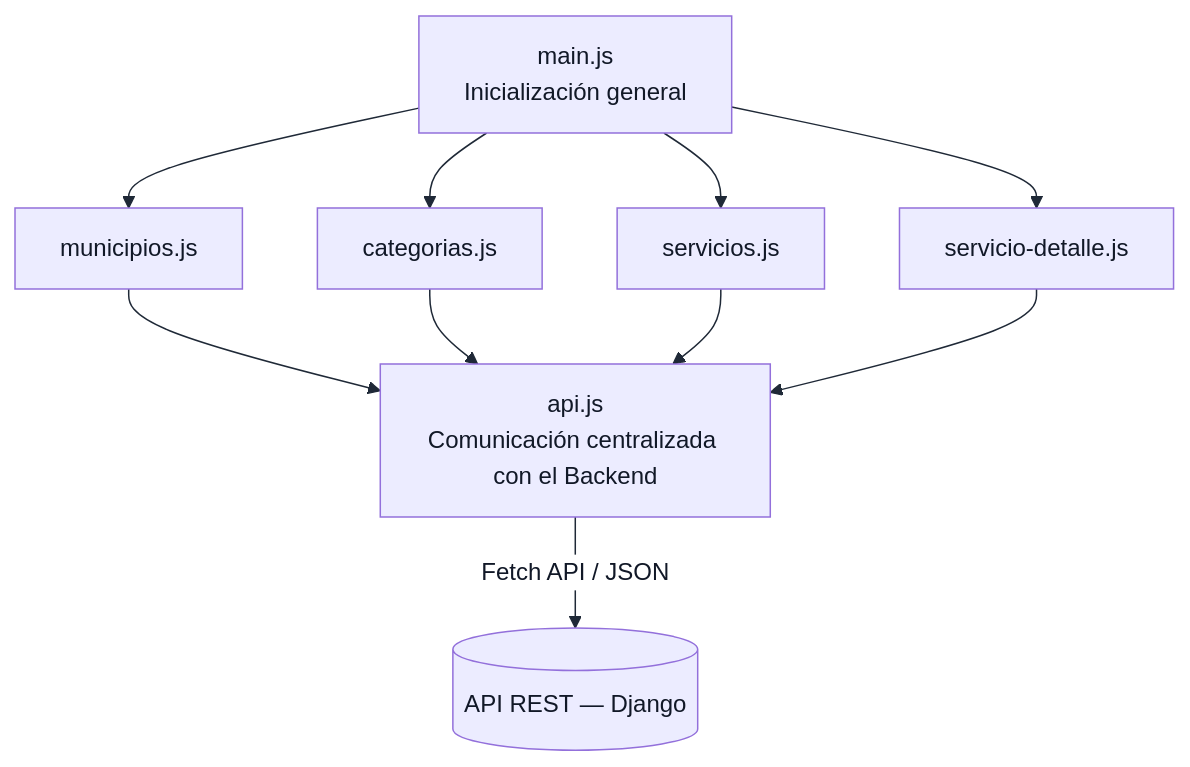
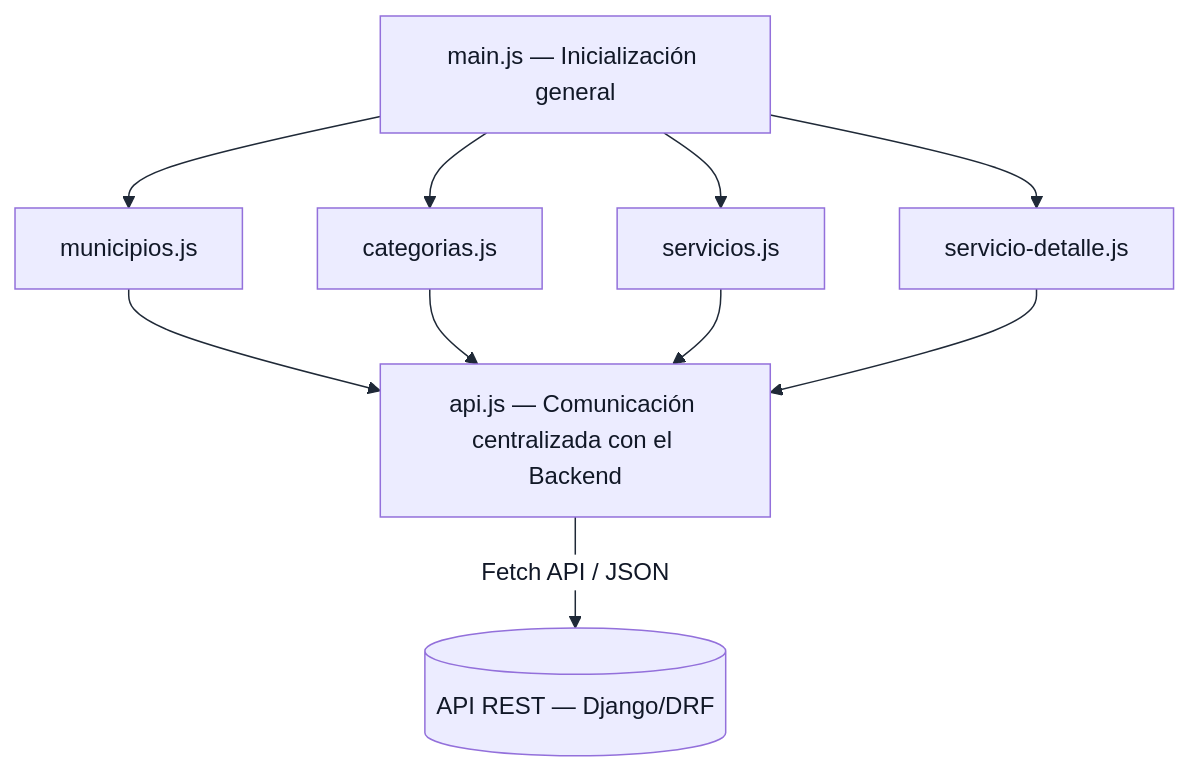
Before and after one commit to Darksam03/RuralConecta-ProyectoWeb: the fourth of 8 diagrams in docs/arquitectura/estructura-frontend.md, drawn with Mermaid. The commit also changed other lines of this file and 4 other files, not shown here.

````diff
--- a/docs/arquitectura/estructura-frontend.md
+++ b/docs/arquitectura/estructura-frontend.md
@@ -289,22 +363,22 @@
 ```mermaid
 %%{init: {'themeVariables': {'textColor':'#111827','primaryTextColor':'#111827','primaryColor':'#eef2f7','primaryBorderColor':'#1f2937','lineColor':'#1f2937','secondaryColor':'#eef2f7','tertiaryColor':'#f3f4f6','edgeLabelBackground':'#ffffff'}}}%%
 flowchart TD
-    main["main.js<br/>Inicialización general"]
-    api["api.js<br/>Comunicación centralizada con el Backend"]
+    main["main.js — Inicialización general"]
+    api["api.js — Comunicación centralizada con el Backend"]
     mun["municipios.js"]
     cat["categorias.js"]
     serv["servicios.js"]
     det["servicio-detalle.js"]
 
     main --> mun
     main --> cat
     main --> serv
     main --> det
 
     mun --> api
     cat --> api
     serv --> api
     det --> api
 
-    api -->|"Fetch API / JSON"| Backend[("API REST — Django")]
+    api -->|"Fetch API / JSON"| Backend[("API REST — Django/DRF")]
 ```
````
